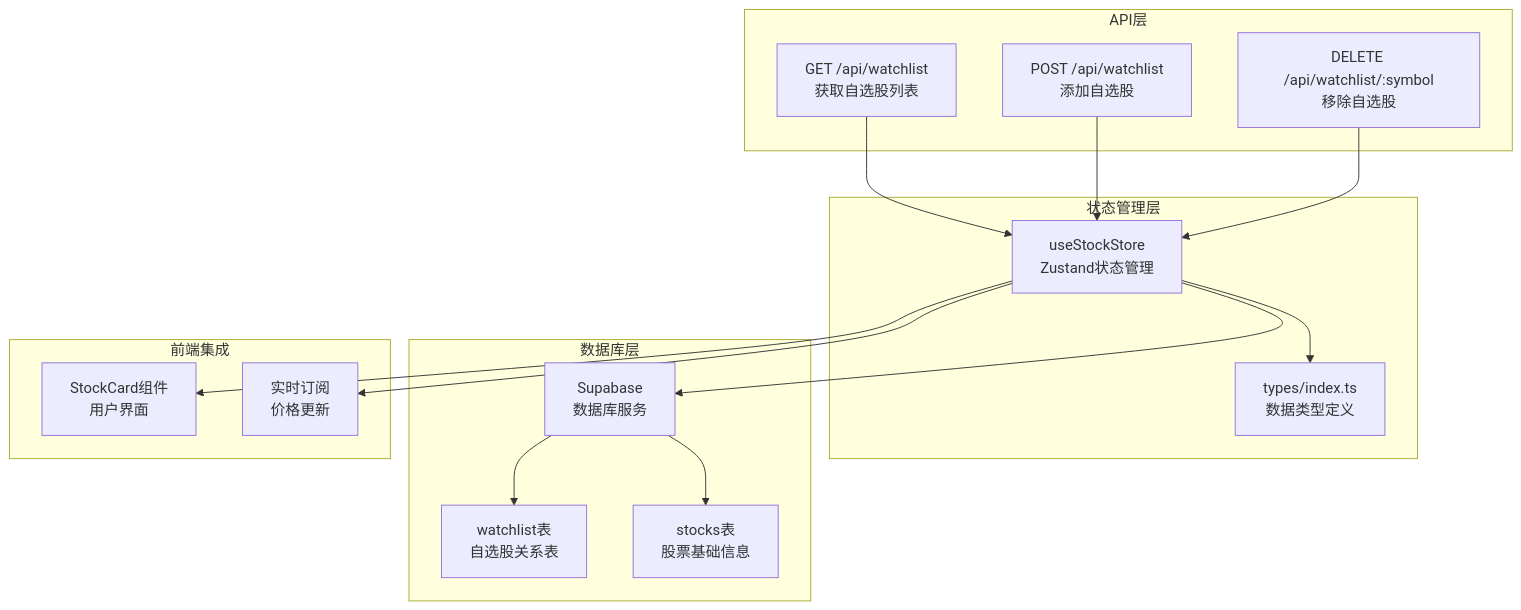
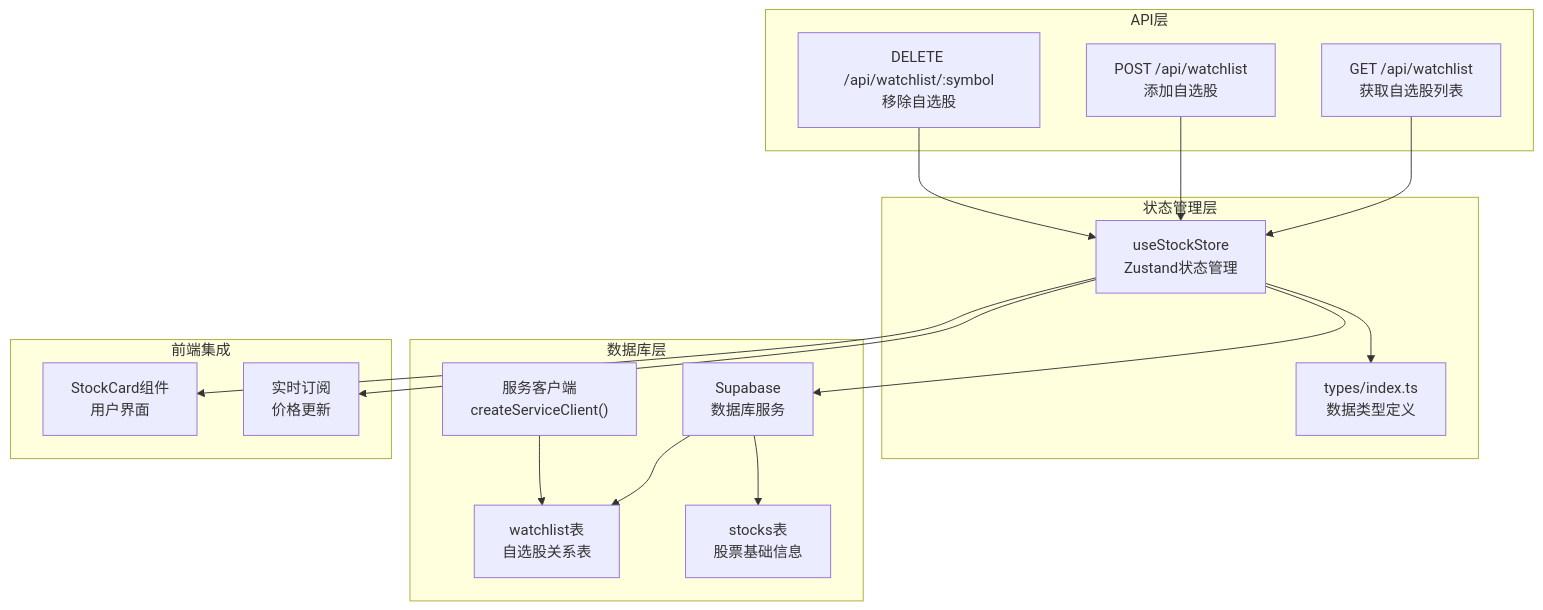
The first of 12 diagrams in .qoder/repowiki/zh/content/API接口文档/自选股管理API.md (javalittleman1/virtual-stock-trading), drawn with Mermaid before and after one commit. The commit also changed other lines of this file and 7 other files, not shown here.

````diff
--- a/.qoder/repowiki/zh/content/API接口文档/自选股管理API.md
+++ b/.qoder/repowiki/zh/content/API接口文档/自选股管理API.md
@@ -35,30 +45,32 @@
 ```mermaid
 graph TB
 subgraph "API层"
 WL_GET["GET /api/watchlist<br/>获取自选股列表"]
 WL_POST["POST /api/watchlist<br/>添加自选股"]
 WL_DELETE["DELETE /api/watchlist/:symbol<br/>移除自选股"]
 end
 subgraph "状态管理层"
 STORE["useStockStore<br/>Zustand状态管理"]
 TYPES["types/index.ts<br/>数据类型定义"]
 end
 subgraph "数据库层"
 WATCHLIST["watchlist表<br/>自选股关系表"]
 STOCKS["stocks表<br/>股票基础信息"]
 SUPABASE["Supabase<br/>数据库服务"]
+SERVICE_CLIENT["服务客户端<br/>createServiceClient()"]
 end
 subgraph "前端集成"
 UI["StockCard组件<br/>用户界面"]
 REALTIME["实时订阅<br/>价格更新"]
 end
 WL_GET --> STORE
 WL_POST --> STORE
 WL_DELETE --> STORE
 STORE --> TYPES
 STORE --> SUPABASE
 SUPABASE --> WATCHLIST
 SUPABASE --> STOCKS
+SERVICE_CLIENT --> WATCHLIST
 STORE --> UI
 STORE --> REALTIME
 ```
````
